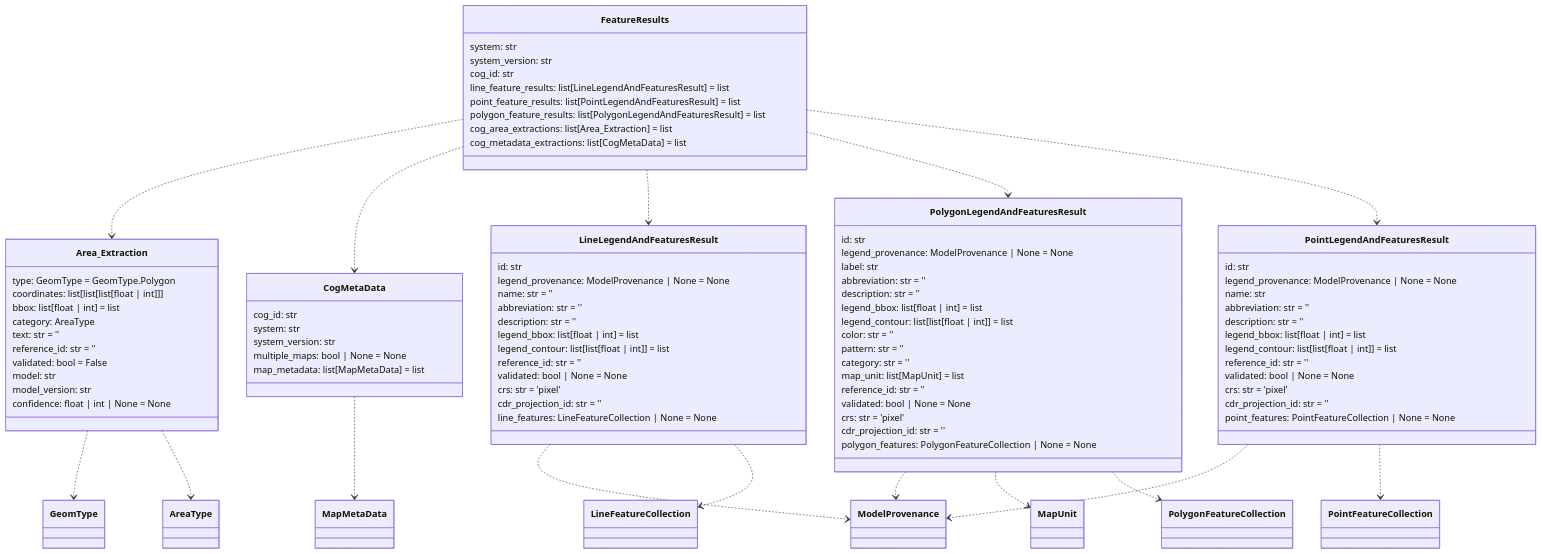
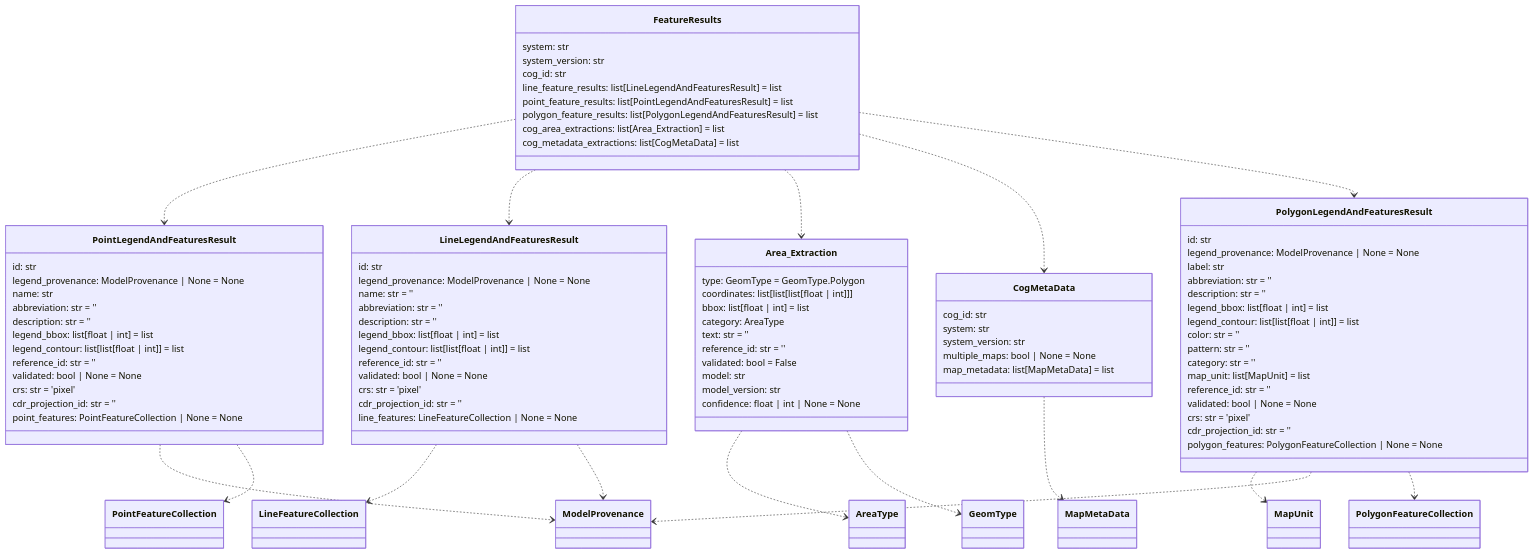
The fourth of 14 diagrams in README.md (DARPA-CRITICALMAAS/cdr_schemas), drawn with Mermaid before and after one commit. The commit also changed other lines of this file and 2 other files, not shown here.

First line of the commit message:
minimal RFUserOptions for baseline RandomForestClassifier model (#61)

````diff
--- a/README.md
+++ b/README.md
@@ -258,5 +258,35 @@
 ```mermaid
 classDiagram
+
+    class PointLegendAndFeaturesResult {
+        id: str
+        legend_provenance: ModelProvenance | None = None
+        name: str
+        abbreviation: str = ''
+        description: str = ''
+        legend_bbox: list[float | int] = list
+        legend_contour: list[list[float | int]] = list
+        reference_id: str = ''
+        validated: bool | None = None
+        crs: str = 'pixel'
+        cdr_projection_id: str = ''
+        point_features: PointFeatureCollection | None = None
+    }
+
+    class LineLegendAndFeaturesResult {
+        id: str
+        legend_provenance: ModelProvenance | None = None
+        name: str = ''
+        abbreviation: str = ''
+        description: str = ''
+        legend_bbox: list[float | int] = list
+        legend_contour: list[list[float | int]] = list
+        reference_id: str = ''
+        validated: bool | None = None
+        crs: str = 'pixel'
+        cdr_projection_id: str = ''
+        line_features: LineFeatureCollection | None = None
+    }
 
     class FeatureResults {
         system: str
@@ -290,21 +320,6 @@
         map_metadata: list[MapMetaData] = list
     }
 
-    class LineLegendAndFeaturesResult {
-        id: str
-        legend_provenance: ModelProvenance | None = None
-        name: str = ''
-        abbreviation: str = ''
-        description: str = ''
-        legend_bbox: list[float | int] = list
-        legend_contour: list[list[float | int]] = list
-        reference_id: str = ''
-        validated: bool | None = None
-        crs: str = 'pixel'
-        cdr_projection_id: str = ''
-        line_features: LineFeatureCollection | None = None
-    }
-
     class PolygonLegendAndFeaturesResult {
         id: str
         legend_provenance: ModelProvenance | None = None
@@ -324,36 +339,21 @@
         polygon_features: PolygonFeatureCollection | None = None
     }
 
-    class PointLegendAndFeaturesResult {
-        id: str
-        legend_provenance: ModelProvenance | None = None
-        name: str
-        abbreviation: str = ''
-        description: str = ''
-        legend_bbox: list[float | int] = list
-        legend_contour: list[list[float | int]] = list
-        reference_id: str = ''
-        validated: bool | None = None
-        crs: str = 'pixel'
-        cdr_projection_id: str = ''
-        point_features: PointFeatureCollection | None = None
-    }
-
+    Area_Extraction ..> AreaType
     Area_Extraction ..> GeomType
-    Area_Extraction ..> AreaType
+    LineLegendAndFeaturesResult ..> LineFeatureCollection
     LineLegendAndFeaturesResult ..> ModelProvenance
-    LineLegendAndFeaturesResult ..> LineFeatureCollection
     PointLegendAndFeaturesResult ..> ModelProvenance
     PointLegendAndFeaturesResult ..> PointFeatureCollection
+    PolygonLegendAndFeaturesResult ..> MapUnit
     PolygonLegendAndFeaturesResult ..> ModelProvenance
-    PolygonLegendAndFeaturesResult ..> MapUnit
     PolygonLegendAndFeaturesResult ..> PolygonFeatureCollection
     CogMetaData ..> MapMetaData
+    FeatureResults ..> PointLegendAndFeaturesResult
+    FeatureResults ..> LineLegendAndFeaturesResult
     FeatureResults ..> Area_Extraction
     FeatureResults ..> CogMetaData
-    FeatureResults ..> LineLegendAndFeaturesResult
     FeatureResults ..> PolygonLegendAndFeaturesResult
-    FeatureResults ..> PointLegendAndFeaturesResult
 
 
 ```
````
